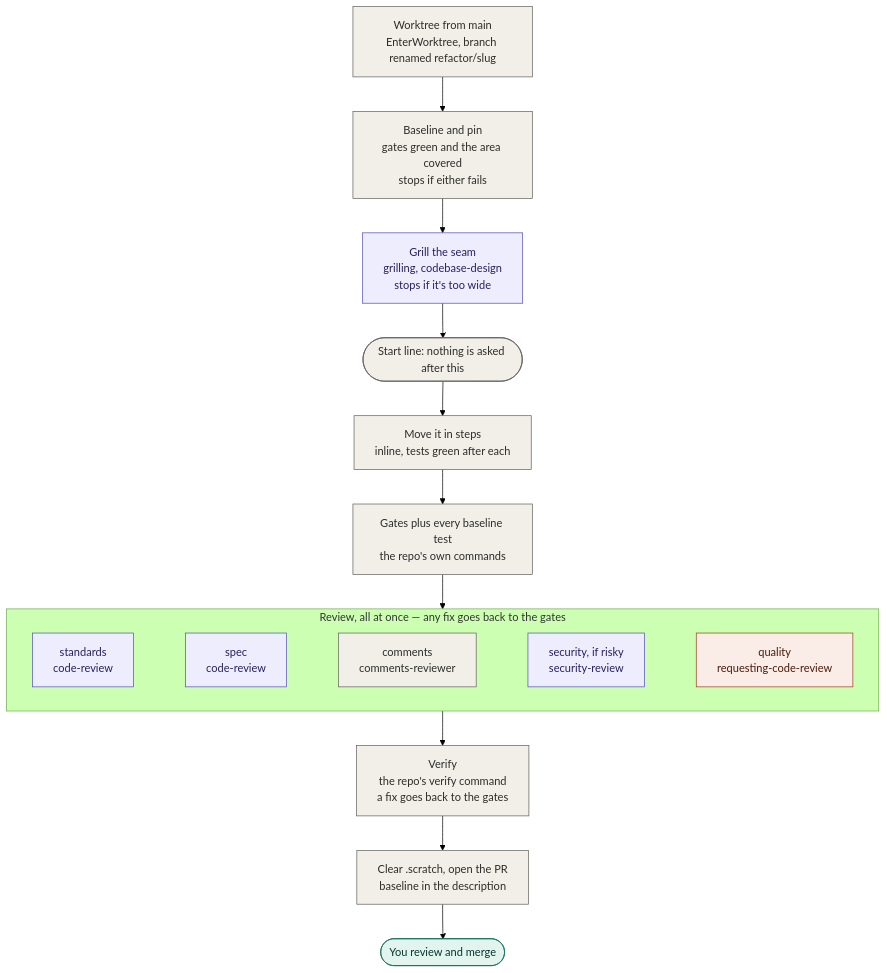
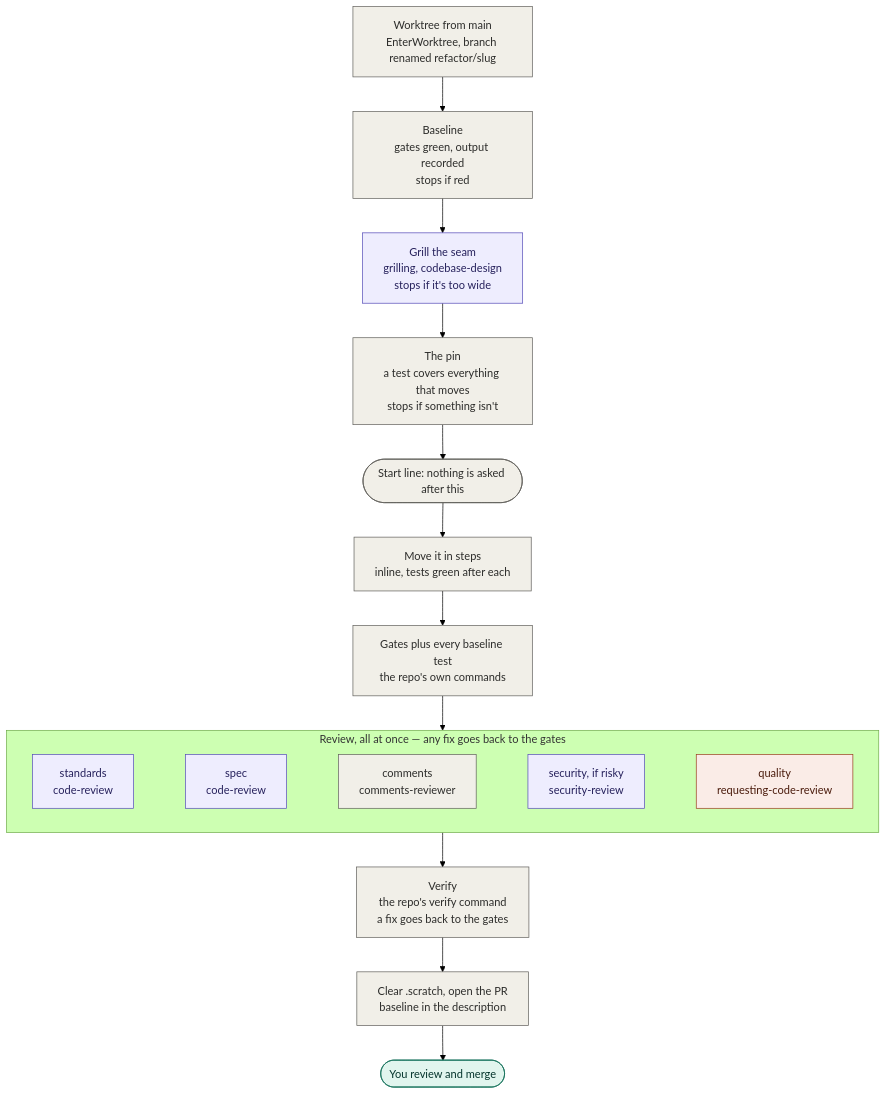
Before and after one commit to junayed711/temper: the third of 4 diagrams in README.md, drawn with Mermaid (forest theme). The commit also changed other lines of this file and 1 other file, not shown here.

Commit message:
rewrite the refactor command for narrow refactors, with the pin after the grill

````diff
--- a/README.md
+++ b/README.md
@@ -249,30 +250,31 @@
 ```mermaid
 flowchart TD
     wt["Worktree from main<br/>EnterWorktree, branch renamed refactor/slug"]:::temper
-    base["Baseline and pin<br/>gates green and the area covered<br/>stops if either fails"]:::temper
+    base["Baseline<br/>gates green, output recorded<br/>stops if red"]:::temper
     grill["Grill the seam<br/>grilling, codebase-design<br/>stops if it's too wide"]:::matt
+    pin["The pin<br/>a test covers everything that moves<br/>stops if something isn't"]:::temper
     go(["Start line: nothing is asked after this"]):::temper
     move["Move it in steps<br/>inline, tests green after each"]:::temper
     gates["Gates plus every baseline test<br/>the repo's own commands"]:::temper
 
     subgraph panel["Review, all at once — any fix goes back to the gates"]
         direction LR
         r1["standards<br/>code-review"]:::matt
         r2["spec<br/>code-review"]:::matt
         r3["comments<br/>comments-reviewer"]:::temper
         r4["security, if risky<br/>security-review"]:::matt
         r5["quality<br/>requesting-code-review"]:::sp
         r1 ~~~ r2 ~~~ r3 ~~~ r4 ~~~ r5
     end
 
     verify["Verify<br/>the repo's verify command<br/>a fix goes back to the gates"]:::temper
     pr["Clear .scratch, open the PR<br/>baseline in the description"]:::temper
     merge(["You review and merge"]):::you
 
-    wt --> base --> grill --> go --> move --> gates --> panel --> verify --> pr --> merge
+    wt --> base --> grill --> pin --> go --> move --> gates --> panel --> verify --> pr --> merge
 
     classDef matt fill:#EEEDFE,stroke:#534AB7,color:#26215C
     classDef sp fill:#FAECE7,stroke:#993C1D,color:#4A1B0C
     classDef you fill:#E1F5EE,stroke:#0F6E56,color:#04342C
     classDef temper fill:#F1EFE8,stroke:#5F5E5A,color:#2C2C2A
 ```
````
